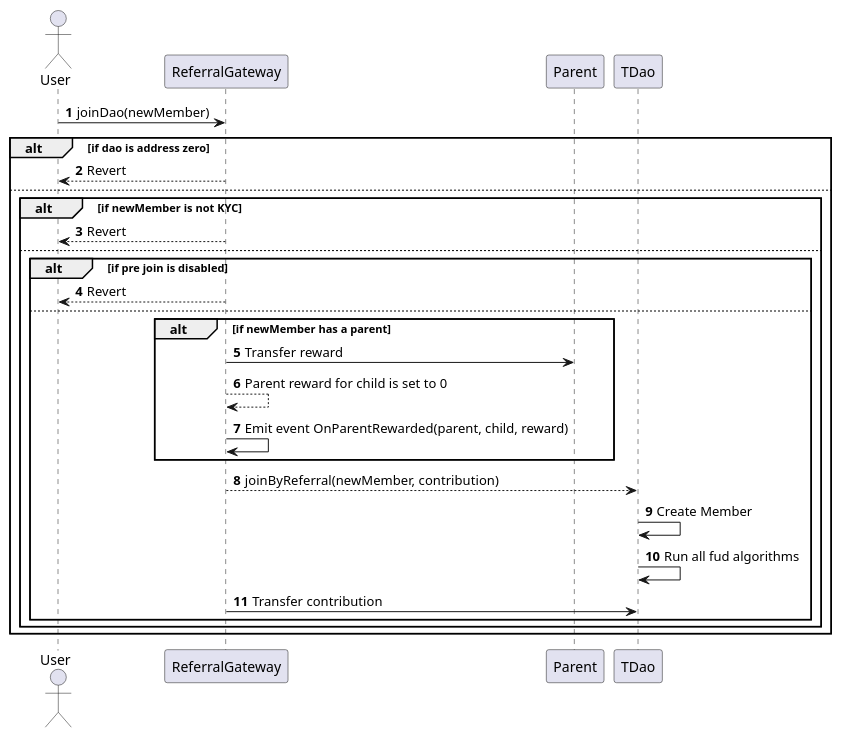
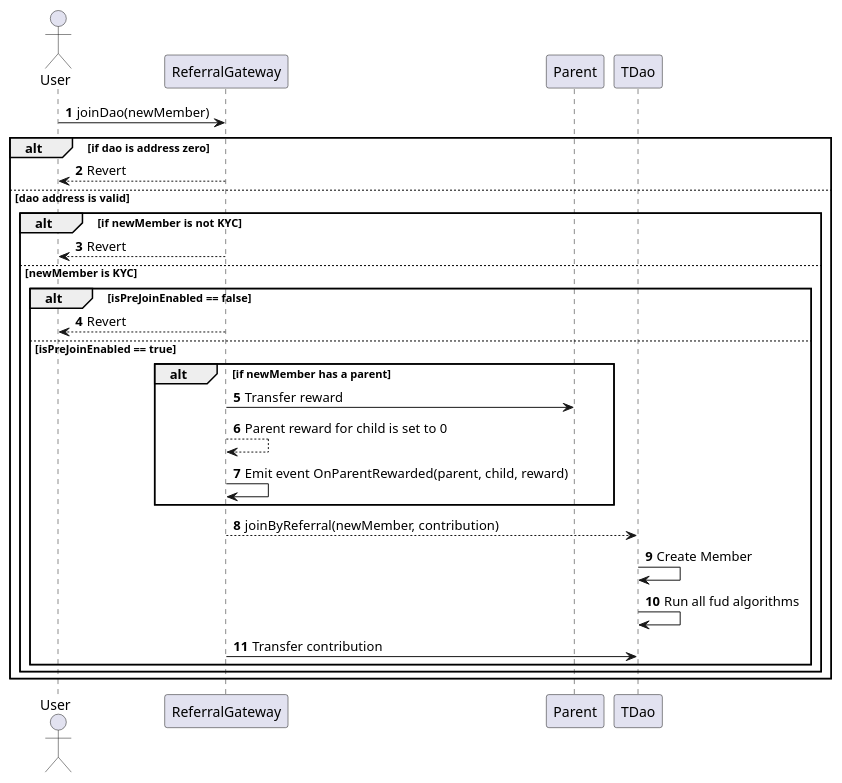
The diagram in docs/sequence_diagrams/ReferralGateway/join-dao.puml (TakafulDAO/takasure.sc), drawn with PlantUML before and after one commit. The commit also changed 1 other file, not shown here.

```diff
--- a/docs/sequence_diagrams/ReferralGateway/join-dao.puml
+++ b/docs/sequence_diagrams/ReferralGateway/join-dao.puml
@@ -1,30 +1,38 @@
 @startuml Join Dao
 autonumber
 
 actor User
 
 User -> ReferralGateway: joinDao(newMember)
 
 alt if dao is address zero
     ReferralGateway --> User: Revert
-else
+
+else dao address is valid
+
     alt if newMember is not KYC
         ReferralGateway --> User: Revert
-    else
-        alt if pre join is disabled
+
+    else newMember is KYC
+
+        alt isPreJoinEnabled == false
             ReferralGateway --> User: Revert
-        else
+
+        else isPreJoinEnabled == true
+
             alt if newMember has a parent
                 ReferralGateway -> Parent: Transfer reward
                 ReferralGateway --> ReferralGateway: Parent reward for child is set to 0
                 ReferralGateway -> ReferralGateway: Emit event OnParentRewarded(parent, child, reward) 
             end
+
             ReferralGateway --> TDao: joinByReferral(newMember, contribution)
             TDao -> TDao: Create Member
             TDao -> TDao: Run all fud algorithms
             ReferralGateway -> TDao: Transfer contribution
+            
         end
     end
 end
 
 @enduml    
```
